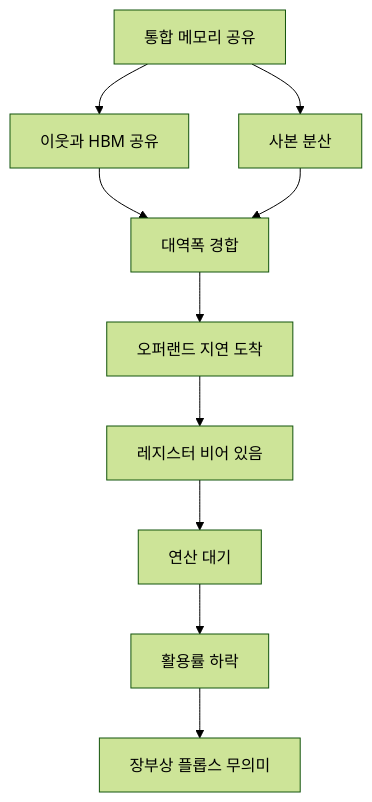
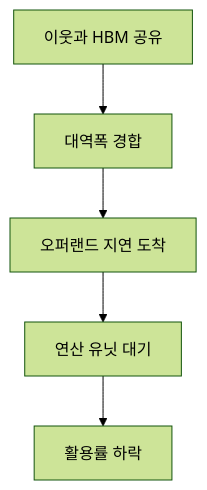
The fourth of 10 diagrams in insights/frames/exp/2026-08-27-openai-jalapeno-tech-opus.md (yohan4477/semi-report), drawn with Mermaid (forest theme) before and after one commit. The commit also changed other lines of this file and 2 other files, not shown here.

````diff
--- a/insights/frames/exp/2026-08-27-openai-jalapeno-tech-opus.md
+++ b/insights/frames/exp/2026-08-27-openai-jalapeno-tech-opus.md
@@ -127,12 +114,7 @@
 ```mermaid
 flowchart TD
-    A["통합 메모리 공유"] --> B["이웃과 HBM 공유"]
-    A --> C["사본 분산"]
-    B --> D["대역폭 경합"]
-    C --> D
-    D --> E["오퍼랜드 지연 도착"]
-    E --> F["레지스터 비어 있음"]
-    F --> G["연산 대기"]
-    G --> H["활용률 하락"]
-    H --> I["장부상 플롭스 무의미"]
+    A["이웃과 HBM 공유"] --> B["대역폭 경합"]
+    B --> C["오퍼랜드 지연 도착"]
+    C --> D["연산 유닛 대기"]
+    D --> E["활용률 하락"]
 ```
````
